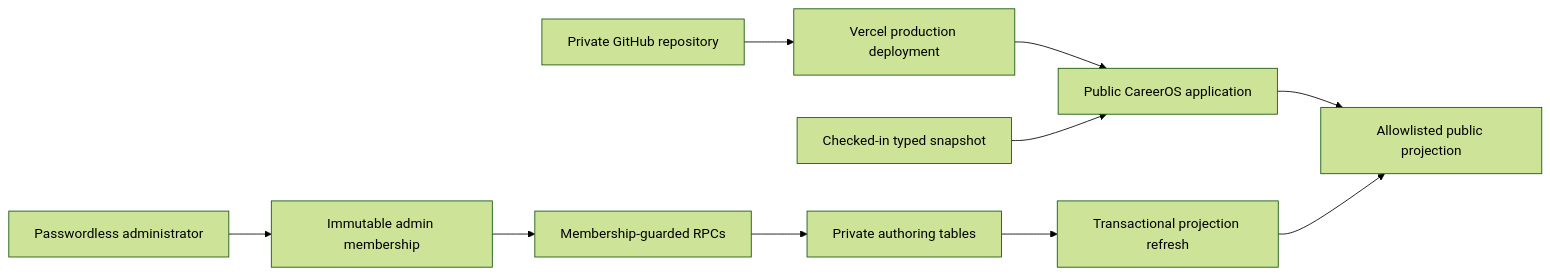
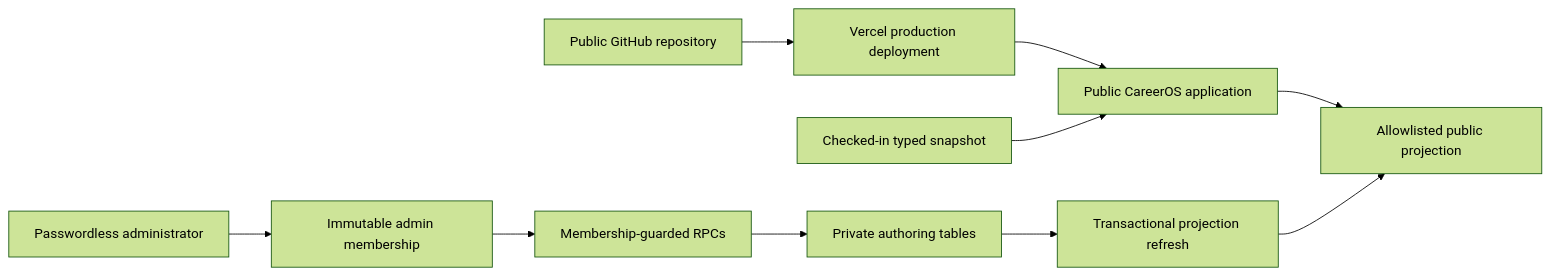
The diagram in README.md (stroupjason/jason-stroup-careeros), drawn with Mermaid (forest theme) before and after one commit. The commit also changed other lines of this file and 7 other files, not shown here.

````diff
--- a/README.md
+++ b/README.md
@@ -93,12 +98,12 @@
 ```mermaid
 flowchart LR
-  G[Private GitHub repository] --> V[Vercel production deployment]
+  G[Public GitHub repository] --> V[Vercel production deployment]
   V --> P[Public CareerOS application]
   P --> R[Allowlisted public projection]
   A[Passwordless administrator] --> M[Immutable admin membership]
   M --> F[Membership-guarded RPCs]
   F --> D[Private authoring tables]
   D --> U[Transactional projection refresh]
   U --> R
   S[Checked-in typed snapshot] --> P
 ```
````
